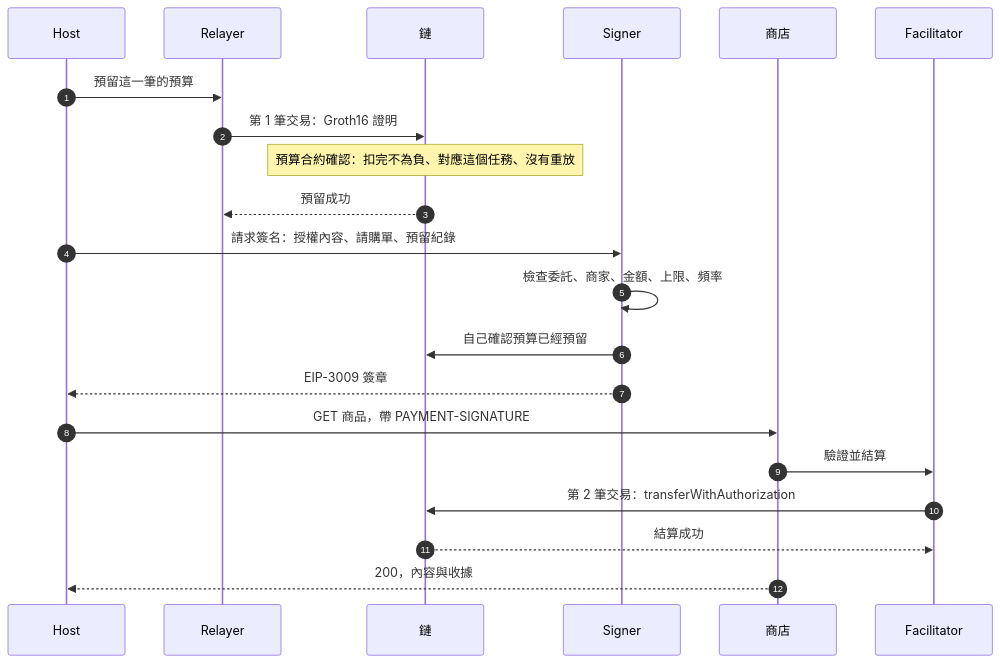
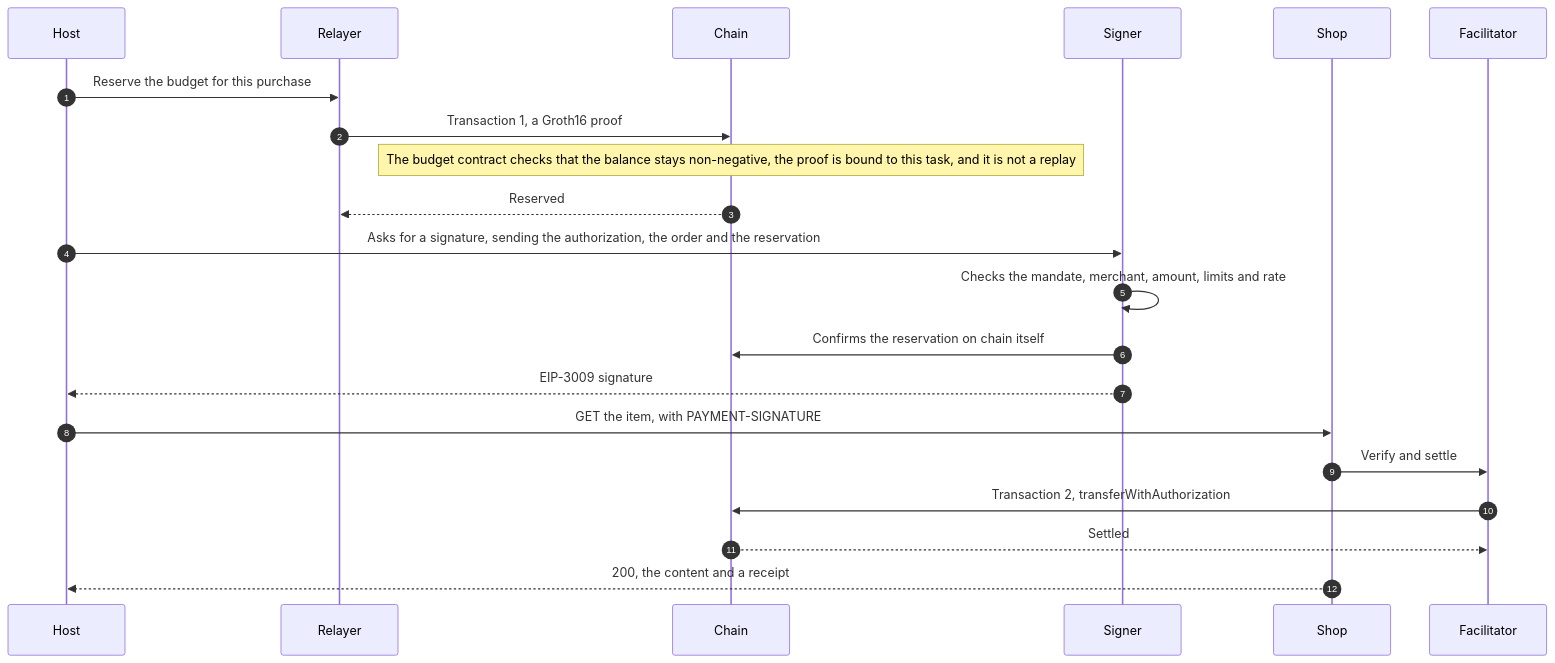
The fourth of 4 diagrams in README.md (SIMPLYBOYS/agent-payment-authority), drawn with Mermaid before and after one commit. The commit also changed other lines of this file and 1 other file, not shown here.

````diff
--- a/README.md
+++ b/README.md
@@ -199,24 +199,24 @@
 ```mermaid
 sequenceDiagram
   autonumber
   participant H as Host
   participant R as Relayer
-  participant C as 鏈
+  participant C as Chain
   participant S as Signer
-  participant M as 商店
+  participant M as Shop
   participant F as Facilitator
 
-  H->>R: 預留這一筆的預算
-  R->>C: 第 1 筆交易：Groth16 證明
-  Note over C: 預算合約確認：扣完不為負、對應這個任務、沒有重放
-  C-->>R: 預留成功
-  H->>S: 請求簽名：授權內容、請購單、預留紀錄
-  S->>S: 檢查委託、商家、金額、上限、頻率
-  S->>C: 自己確認預算已經預留
-  S-->>H: EIP-3009 簽章
-  H->>M: GET 商品，帶 PAYMENT-SIGNATURE
-  M->>F: 驗證並結算
-  F->>C: 第 2 筆交易：transferWithAuthorization
-  C-->>F: 結算成功
-  M-->>H: 200，內容與收據
+  H->>R: Reserve the budget for this purchase
+  R->>C: Transaction 1, a Groth16 proof
+  Note over C: The budget contract checks that the balance stays non-negative, the proof is bound to this task, and it is not a replay
+  C-->>R: Reserved
+  H->>S: Asks for a signature, sending the authorization, the order and the reservation
+  S->>S: Checks the mandate, merchant, amount, limits and rate
+  S->>C: Confirms the reservation on chain itself
+  S-->>H: EIP-3009 signature
+  H->>M: GET the item, with PAYMENT-SIGNATURE
+  M->>F: Verify and settle
+  F->>C: Transaction 2, transferWithAuthorization
+  C-->>F: Settled
+  M-->>H: 200, the content and a receipt
 ```
````
